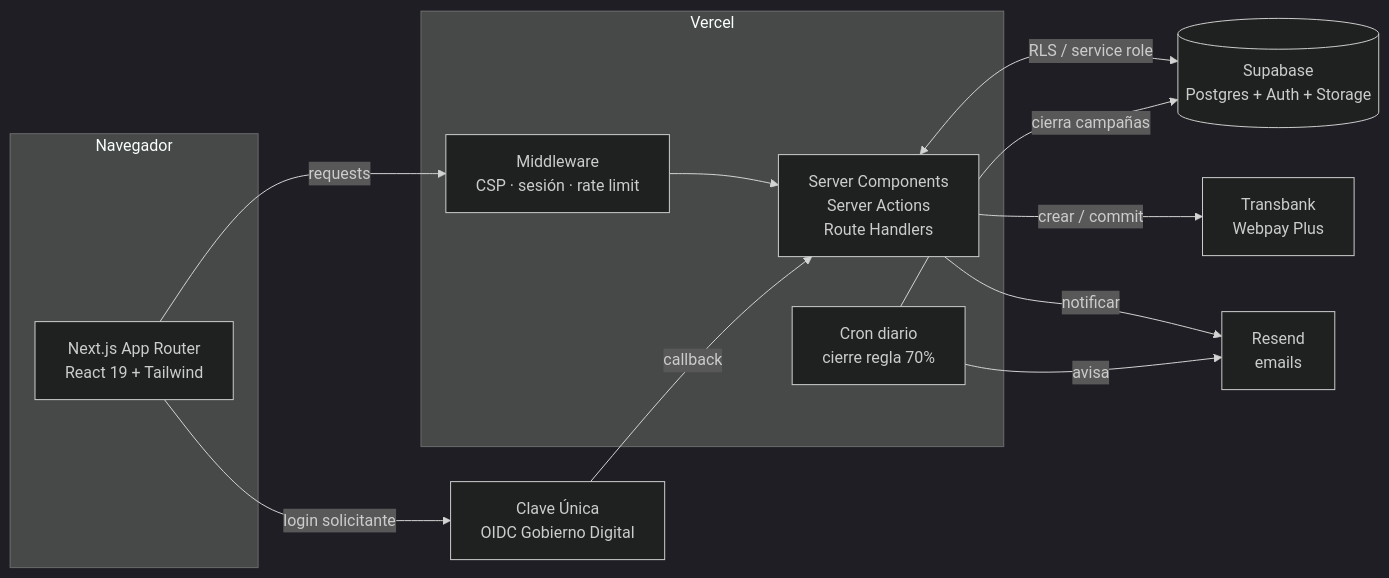
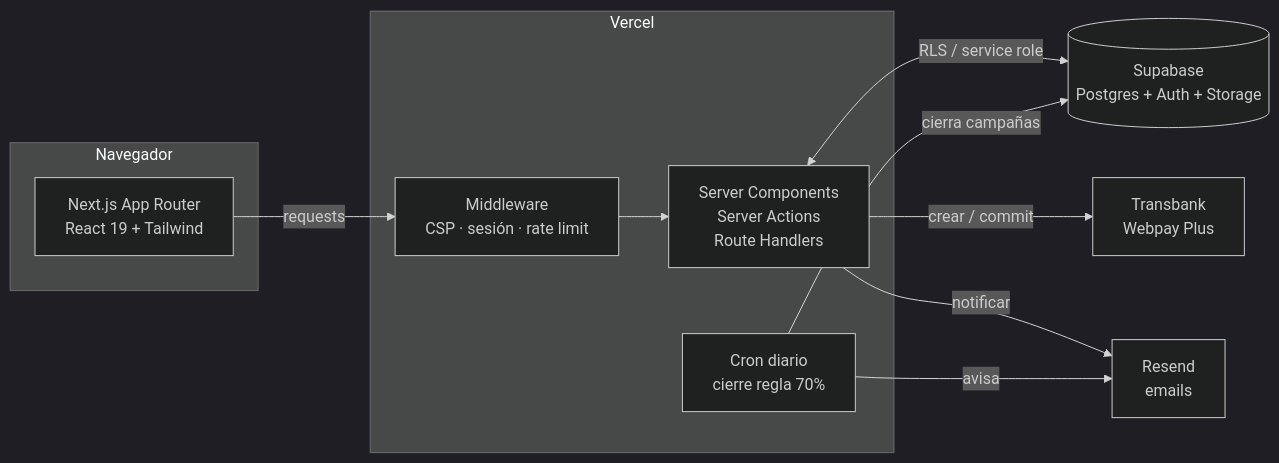
The first of 3 diagrams in ARQUITECTURA.md (cesarortiz12334-creator/Milo), drawn with Mermaid (dark theme) before and after one commit. The commit also changed other lines of this file and 24 other files, not shown here.

````diff
--- a/ARQUITECTURA.md
+++ b/ARQUITECTURA.md
@@ -10,26 +10,23 @@
 ```mermaid
 flowchart LR
   subgraph Browser["Navegador"]
     UI["Next.js App Router<br/>React 19 + Tailwind"]
   end
 
   subgraph VercelBox["Vercel"]
     MW["Middleware<br/>CSP · sesión · rate limit"]
     SSR["Server Components<br/>Server Actions<br/>Route Handlers"]
     CRON["Cron diario<br/>cierre regla 70%"]
   end
 
   SB[("Supabase<br/>Postgres + Auth + Storage")]
   TBK["Transbank<br/>Webpay Plus"]
   RS["Resend<br/>emails"]
-  CU["Clave Única<br/>OIDC Gobierno Digital"]
 
   UI -->|requests| MW --> SSR
   SSR <-->|RLS / service role| SB
   SSR -->|crear / commit| TBK
   SSR -->|notificar| RS
-  UI -->|login solicitante| CU
-  CU -->|callback| SSR
   CRON -->|cierra campañas| SB
   CRON -->|avisa| RS
 ```
````
